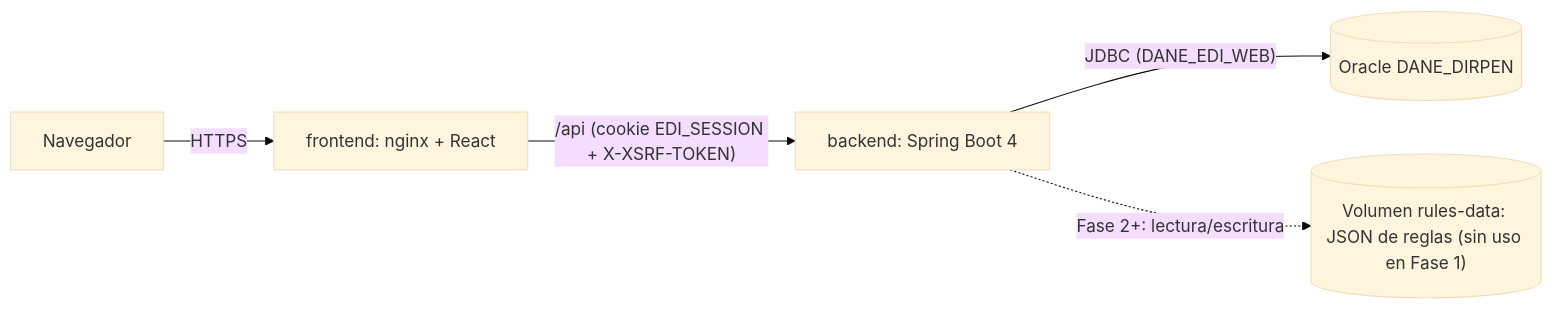
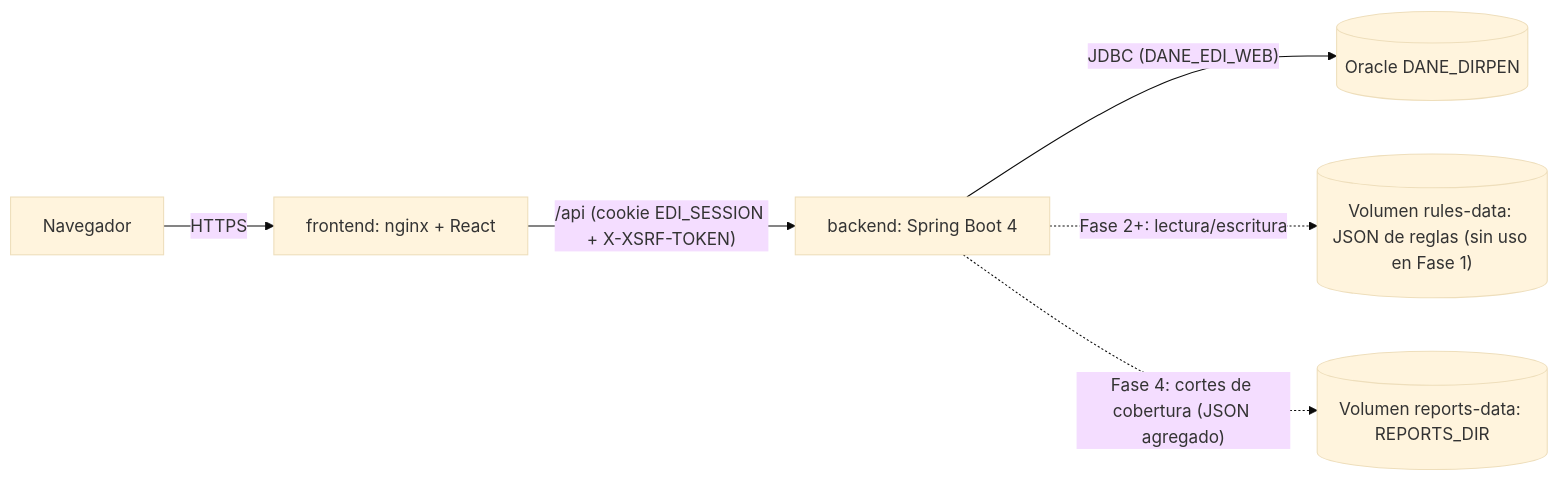
One commit to xiliosd/EDIS changed the diagram in docs/diagramas/arquitectura.md. Above: the diagram before and after it, drawn with Mermaid (base theme). The commit also changed other lines of this file and 6 other files, not shown here.

First line of the commit message:
docs: Fase 4 en README, CHANGELOG, diagramas y verificación de la base

````diff
--- a/docs/diagramas/arquitectura.md
+++ b/docs/diagramas/arquitectura.md
@@ -3,7 +3,8 @@
 ```mermaid
 flowchart LR
   navegador[Navegador] -- HTTPS --> nginx[frontend: nginx + React]
   nginx -- "/api (cookie EDI_SESSION + X-XSRF-TOKEN)" --> api[backend: Spring Boot 4]
   api -- "JDBC (DANE_EDI_WEB)" --> oracle[(Oracle DANE_DIRPEN)]
   api -. "Fase 2+: lectura/escritura" .-> reglas[("Volumen rules-data: JSON de reglas (sin uso en Fase 1)")]
+  api -. "Fase 4: cortes de cobertura (JSON agregado)" .-> cortes[("Volumen reports-data: REPORTS_DIR")]
 ```
````
